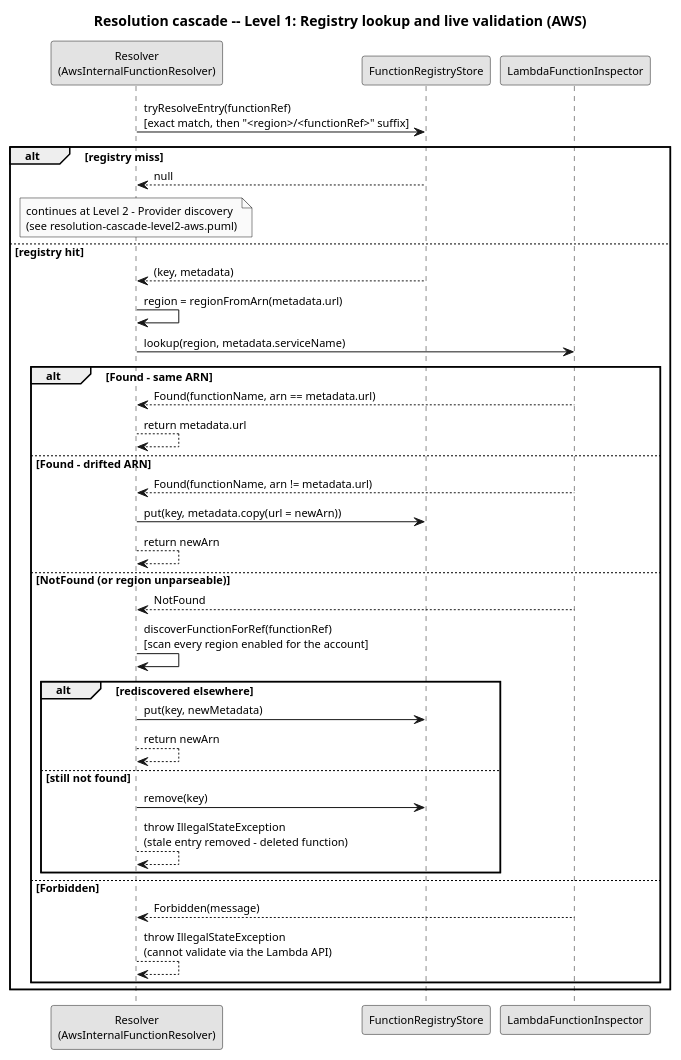
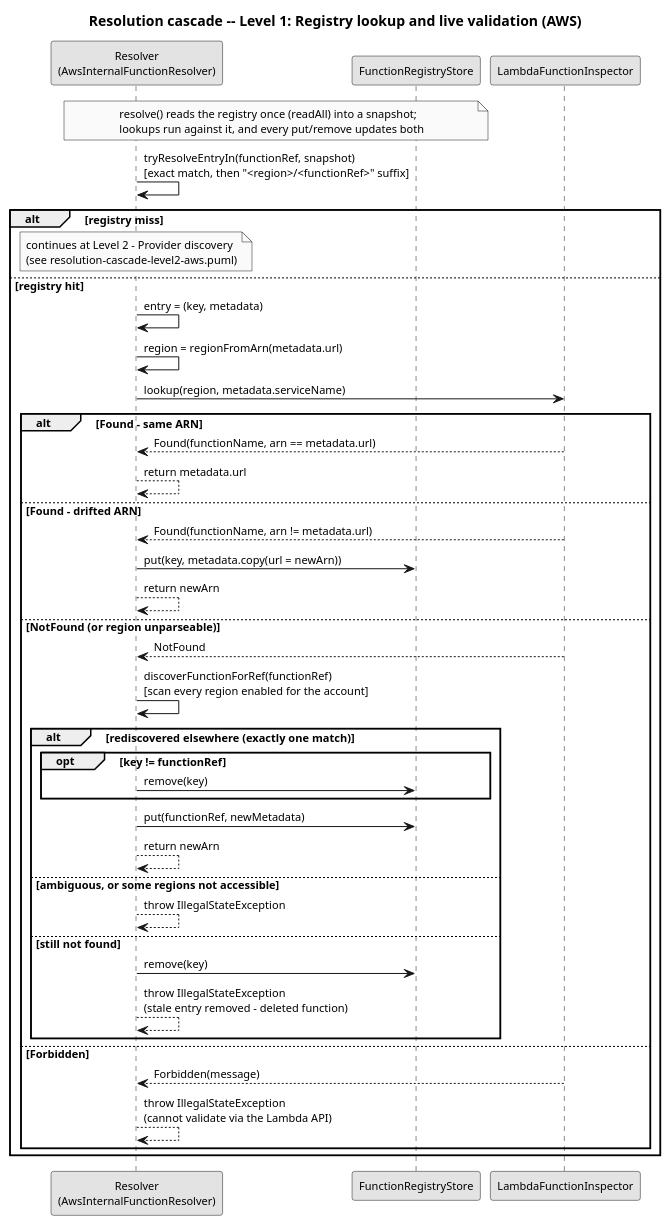
Before and after one commit to EngenheiroPedroCarvalho/ISEL-Thesis-2526: the diagram in diagrams/resolution-cascade-level1-aws.puml, drawn with PlantUML. The commit also changed 22 other files, not shown here.

First line of the commit message:
Bring the diagrams in line with the code

```diff
--- a/diagrams/resolution-cascade-level1-aws.puml
+++ b/diagrams/resolution-cascade-level1-aws.puml
@@ -1,45 +1,53 @@
 @startuml resolution-cascade-level1-aws
 skinparam monochrome true
 skinparam shadowing false
 skinparam defaultFontSize 11
 title Resolution cascade -- Level 1: Registry lookup and live validation (AWS)
 
 participant "Resolver\n(AwsInternalFunctionResolver)" as R
 participant "FunctionRegistryStore" as REG
 participant "LambdaFunctionInspector" as AI
 
-R -> REG : tryResolveEntry(functionRef)\n[exact match, then "<region>/<functionRef>" suffix]
+note over R, REG
+  resolve() reads the registry once (readAll) into a snapshot;
+  lookups run against it, and every put/remove updates both
+end note
+R -> R : tryResolveEntryIn(functionRef, snapshot)\n[exact match, then "<region>/<functionRef>" suffix]
 alt registry miss
-  REG --> R : null
   note over R
     continues at Level 2 - Provider discovery
     (see resolution-cascade-level2-aws.puml)
   end note
 else registry hit
-  REG --> R : (key, metadata)
+  R -> R : entry = (key, metadata)
   R -> R : region = regionFromArn(metadata.url)
 
   R -> AI : lookup(region, metadata.serviceName)
   alt Found - same ARN
     AI --> R : Found(functionName, arn == metadata.url)
     R --> R : return metadata.url
   else Found - drifted ARN
     AI --> R : Found(functionName, arn != metadata.url)
     R -> REG : put(key, metadata.copy(url = newArn))
     R --> R : return newArn
   else NotFound (or region unparseable)
     AI --> R : NotFound
     R -> R : discoverFunctionForRef(functionRef)\n[scan every region enabled for the account]
-    alt rediscovered elsewhere
-      R -> REG : put(key, newMetadata)
+    alt rediscovered elsewhere (exactly one match)
+      opt key != functionRef
+        R -> REG : remove(key)
+      end
+      R -> REG : put(functionRef, newMetadata)
       R --> R : return newArn
+    else ambiguous, or some regions not accessible
+      R --> R : throw IllegalStateException
     else still not found
       R -> REG : remove(key)
       R --> R : throw IllegalStateException\n(stale entry removed - deleted function)
     end
   else Forbidden
     AI --> R : Forbidden(message)
     R --> R : throw IllegalStateException\n(cannot validate via the Lambda API)
   end
 end
 @enduml
```
